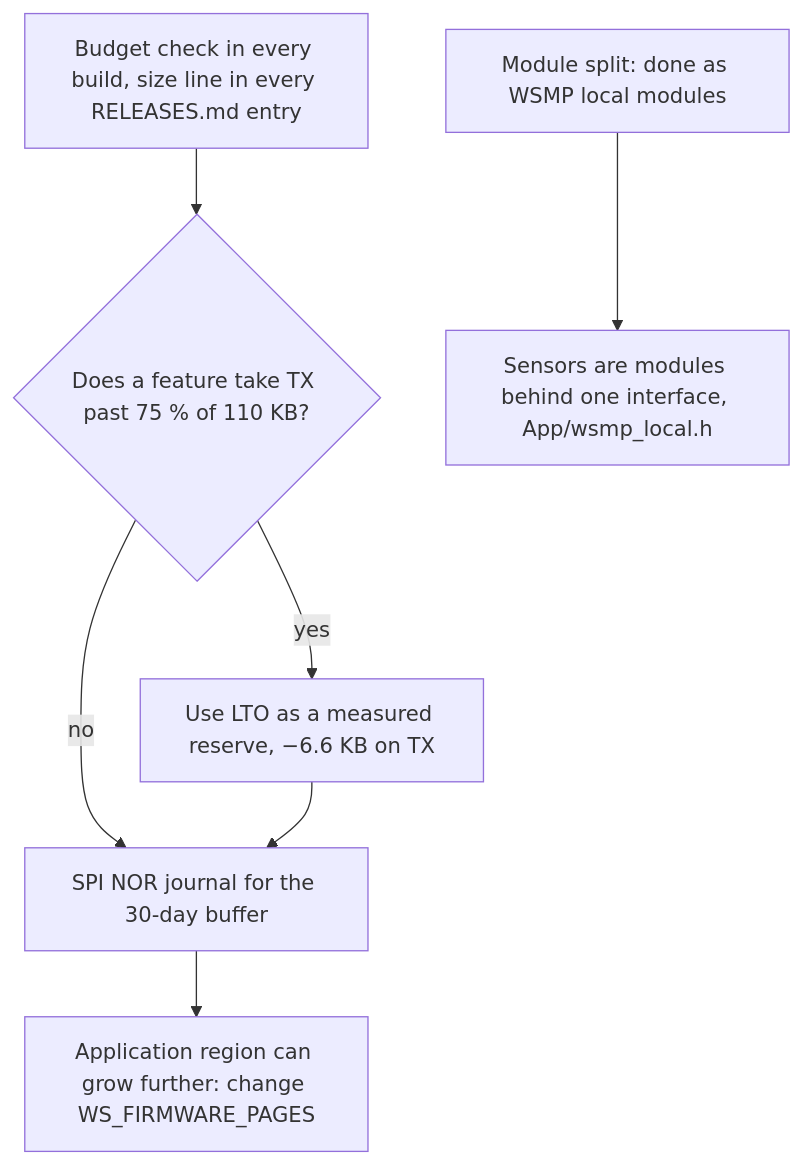
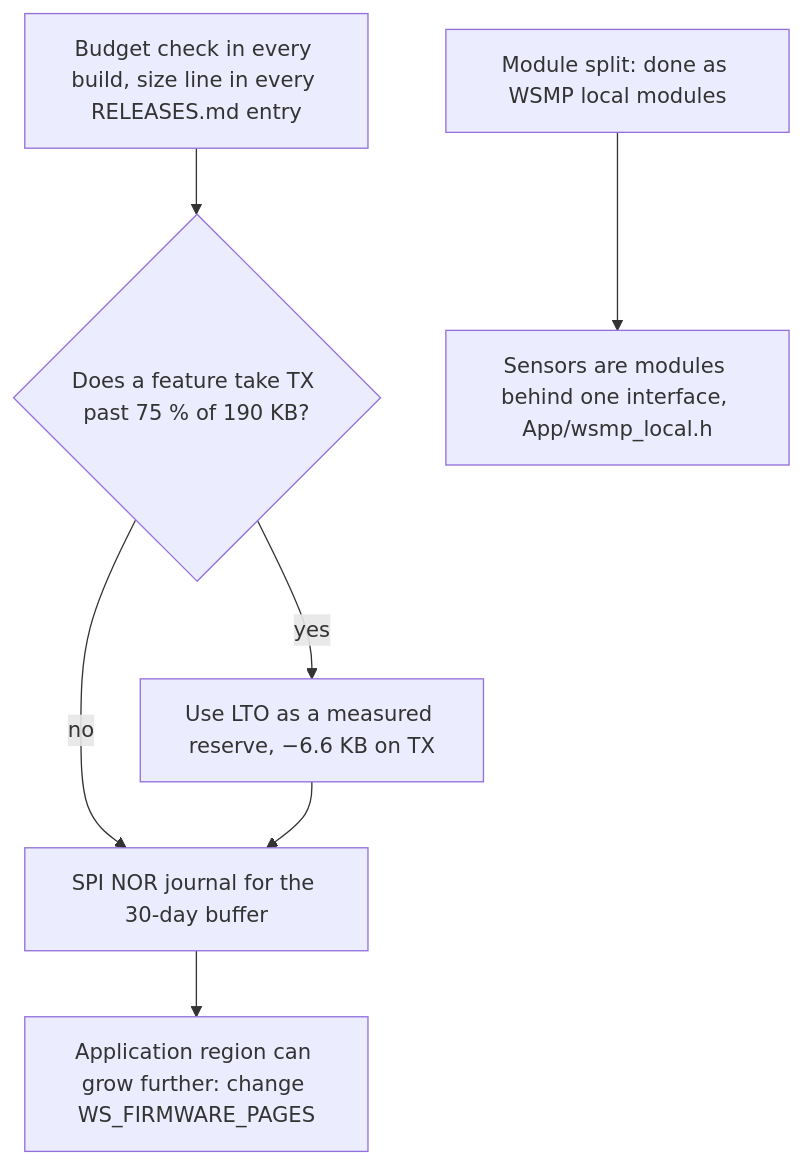
Before and after one commit to clintecker/weather-station-2026: the fifth of 6 diagrams in docs/firmware-budget.md, drawn with Mermaid. The commit also changed other lines of this file and 26 other files, not shown here.

````diff
--- a/docs/firmware-budget.md
+++ b/docs/firmware-budget.md
@@ -374,9 +374,9 @@
 ```mermaid
 flowchart TD
-  A["Budget check in every build, size line in every RELEASES.md entry"] --> B{"Does a feature take TX past 75 % of 110 KB?"}
+  A["Budget check in every build, size line in every RELEASES.md entry"] --> B{"Does a feature take TX past 75 % of 190 KB?"}
   B -->|"yes"| C["Use LTO as a measured reserve, −6.6 KB on TX"]
   B -->|"no"| D["SPI NOR journal for the 30-day buffer"]
   C --> D
   D --> E["Application region can grow further: change WS_FIRMWARE_PAGES"]
   F["Module split: done as WSMP local modules"] --> G["Sensors are modules behind one interface, App/wsmp_local.h"]
 ```
````
